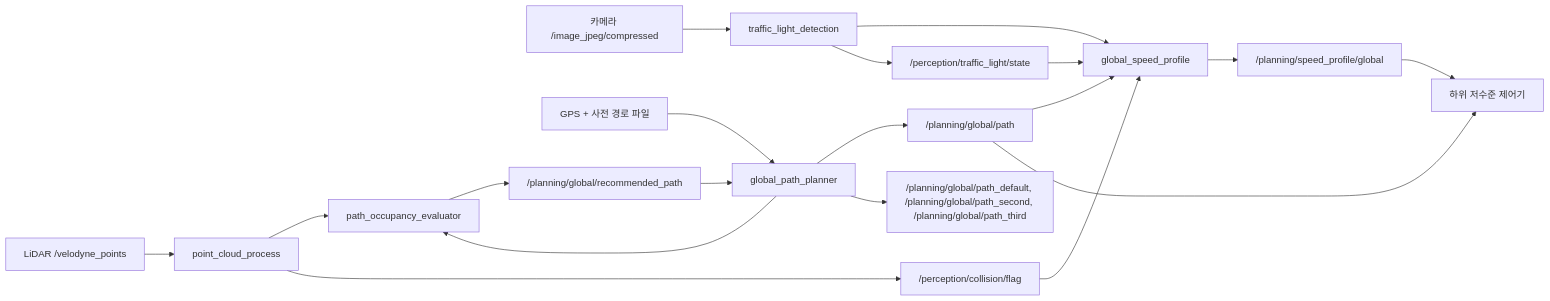
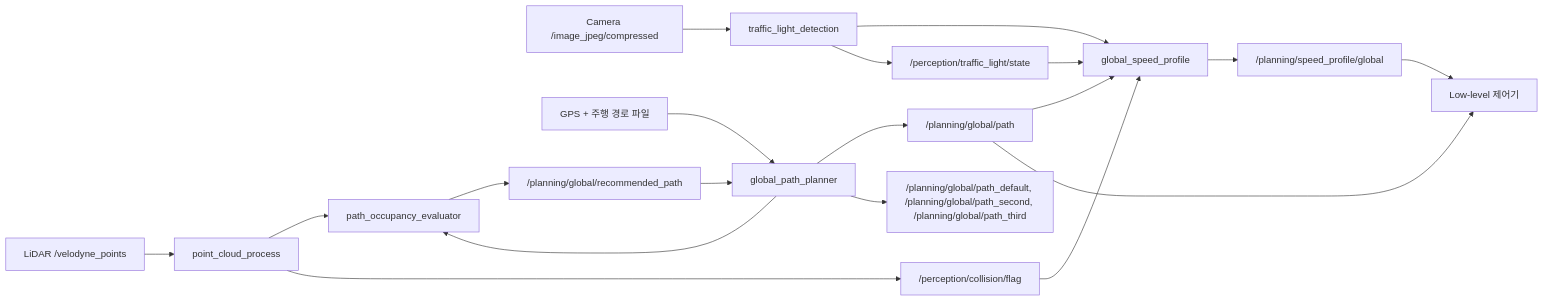
One commit to wonsukHeo1025/2025-HL-FMA-Driverless-Morai-Simulation changed the diagram in README.md. Above: the diagram before and after it, drawn with Mermaid.

````diff
--- a/README.md
+++ b/README.md
@@ -48,21 +48,21 @@
 ```mermaid
 flowchart LR
     A[LiDAR /velodyne_points] --> B[point_cloud_process]
-    C[카메라 /image_jpeg/compressed] --> D[traffic_light_detection]
-    E[GPS + 사전 경로 파일] --> F[global_path_planner]
+    C[Camera /image_jpeg/compressed] --> D[traffic_light_detection]
+    E[GPS + 주행 경로 파일] --> F[global_path_planner]
     B --> G[path_occupancy_evaluator]
     D --> H[global_speed_profile]
     F --> G
     G --> I["/planning/global/recommended_path"]
     I --> F
     F --> J["/planning/global/path"]
     F --> K["/planning/global/path_default, /planning/global/path_second, /planning/global/path_third"]
     B --> L["/perception/collision/flag"]
     D --> M["/perception/traffic_light/state"]
     M --> H
     L --> H
     J --> H
     H --> N["/planning/speed_profile/global"]
-    J --> O[하위 저수준 제어기]
+    J --> O[Low-level 제어기]
     N --> O
 ```
````
